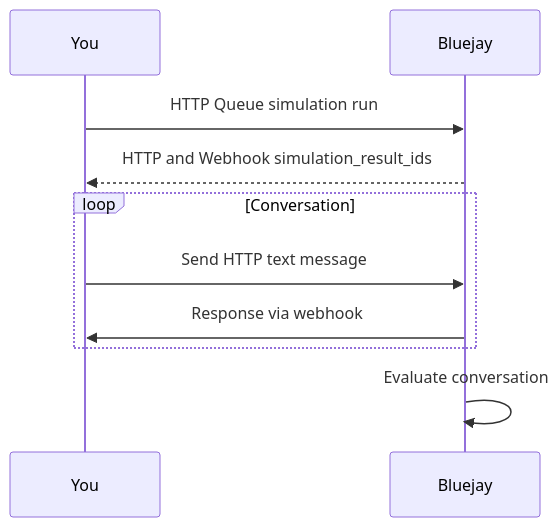
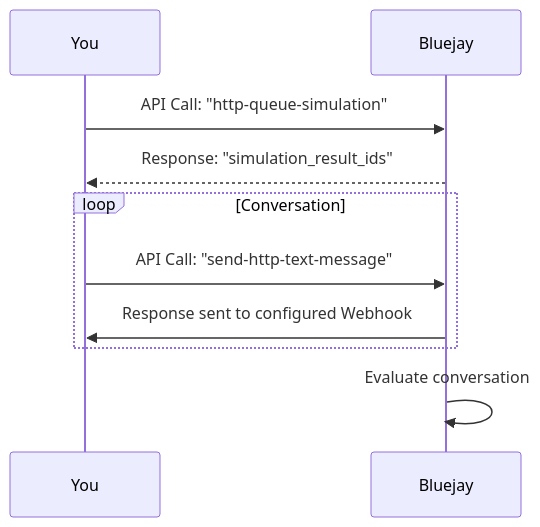
One commit to bluejay-ai-dev/docs changed the diagram in simulation-integrations/http-webhooks.mdx. Above: the diagram before and after it, drawn with Mermaid.

Commit message:
better diagram

````diff
--- a/simulation-integrations/http-webhooks.mdx
+++ b/simulation-integrations/http-webhooks.mdx
@@ -10,13 +10,13 @@
 ```mermaid
 sequenceDiagram
     participant You
     participant Bluejay
    
-    You->>Bluejay: HTTP Queue simulation run
-    Bluejay-->>You: HTTP and Webhook simulation_result_ids
+    You->>Bluejay: API Call: "http-queue-simulation"
+    Bluejay-->>You: Response: "simulation_result_ids"
     loop Conversation
-        You->>Bluejay: Send HTTP text message
-        Bluejay->>You: Response via webhook
+        You->>Bluejay: API Call: "send-http-text-message"
+        Bluejay->>You: Response sent to configured Webhook
     end
     Bluejay->>Bluejay: Evaluate conversation
 ```
````
